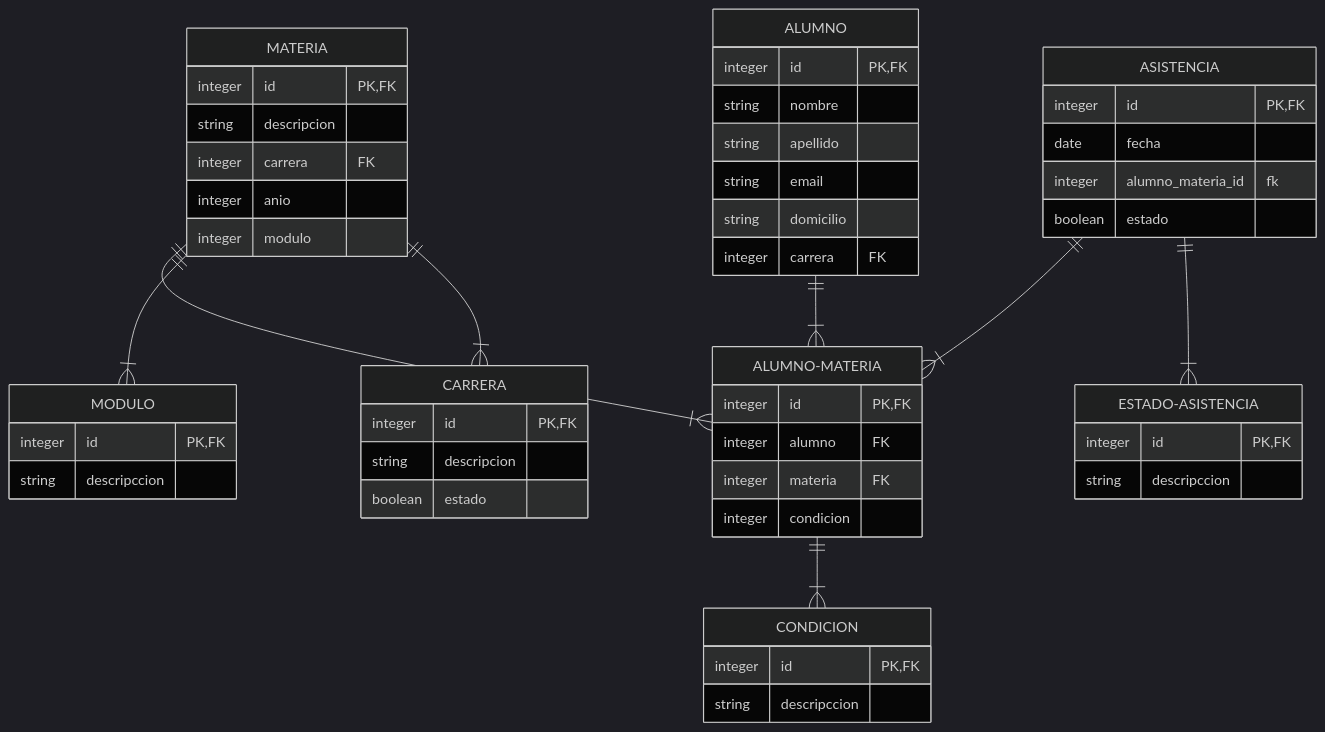
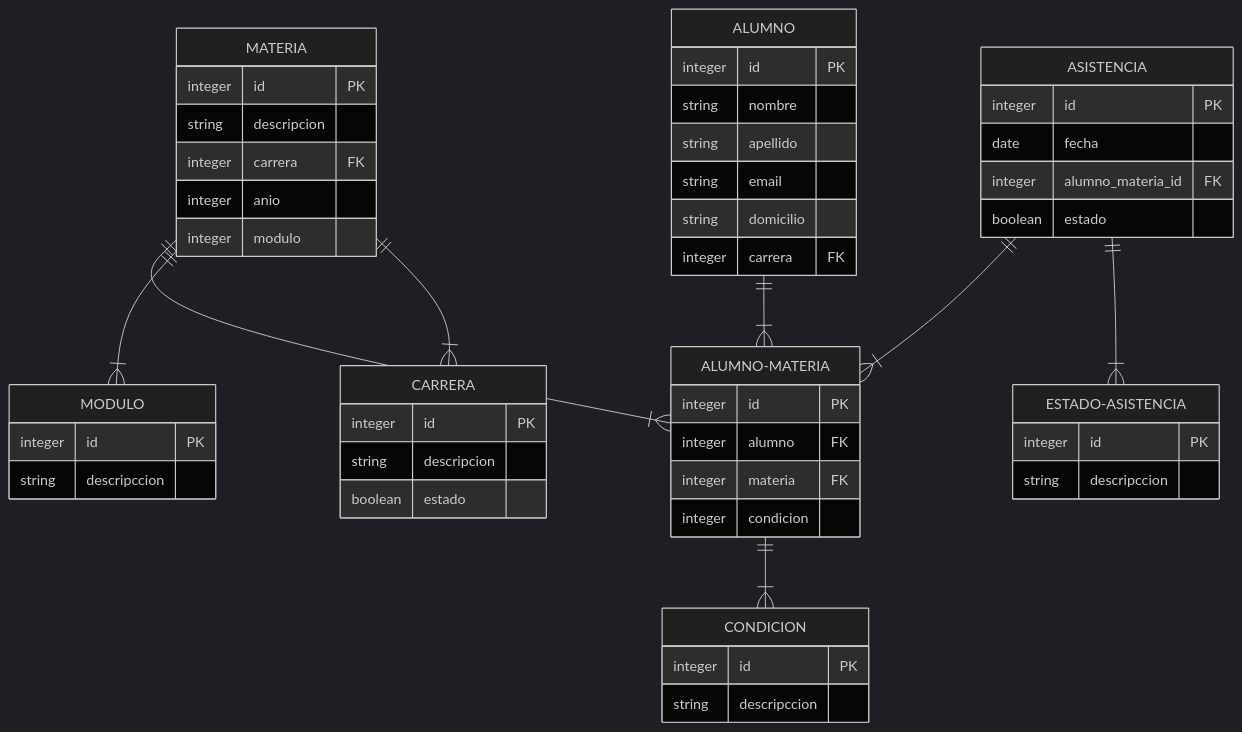
Before and after one commit to JuanTiseira/ingenieria-de-software-2023: the first of 3 diagrams in docs/iteracion1/dp.md, drawn with Mermaid (dark theme). The commit also changed other lines of this file, not shown here.

Commit message:
se modificaron los diagramas

````diff
--- a/docs/iteracion1/dp.md
+++ b/docs/iteracion1/dp.md
@@ -15,54 +15,54 @@
 ```mermaid
 erDiagram
     CARRERA {
-        integer id PK, FK
+        integer id PK
         string descripcion
         boolean estado
     }
     MATERIA {
-        integer id PK, FK
+        integer id PK
         string descripcion
         integer carrera FK
         integer anio
         integer modulo
     }
     ALUMNO {
-        integer id PK, FK
+        integer id PK
         string nombre
         string apellido
         string email
         string domicilio
         integer carrera FK
     }
     ALUMNO-MATERIA{
-        integer id PK, FK
+        integer id PK
         integer alumno FK
         integer materia FK
         integer condicion
     }
     CONDICION{
-        integer id PK, FK
+        integer id PK
         string descripccion
     }
     MODULO{
-        integer id PK, FK
+        integer id PK
         string descripccion
     }
     ASISTENCIA{
-        integer id PK, FK
+        integer id PK
         date fecha
-        integer alumno_materia_id fk
+        integer alumno_materia_id FK
         boolean estado
     }
     ESTADO-ASISTENCIA{
-        integer id PK, FK
+        integer id PK
         string descripccion
     }
     ALUMNO-MATERIA ||--|{ CONDICION : ""
     MATERIA ||--|{ CARRERA : ""
     MATERIA ||--|{ MODULO : ""
     ASISTENCIA ||--|{ ESTADO-ASISTENCIA : ""
     ALUMNO ||--|{ ALUMNO-MATERIA : ""
     ASISTENCIA ||--|{ ALUMNO-MATERIA : ""
     MATERIA ||--|{ ALUMNO-MATERIA : ""
 ```
````
